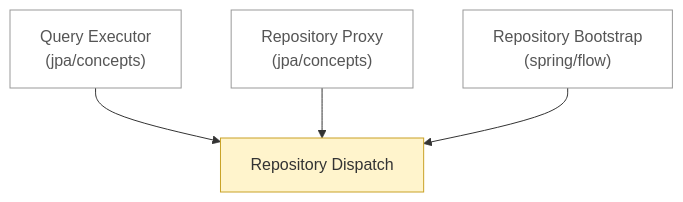
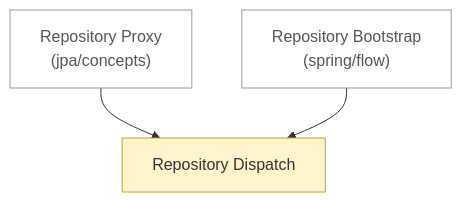
One commit to Pizza-Mozzarella/self-learning changed the diagram in notes/backend/spring/data/jpa/flow/README.md. Above: the diagram before and after it, drawn with Mermaid. The commit also changed 5 other files, not shown here.

Commit message:
Sua link Spring Data JPA cho khop cau truc that: Proxy chua Simple va Query Executor

````diff
--- a/notes/backend/spring/data/jpa/flow/README.md
+++ b/notes/backend/spring/data/jpa/flow/README.md
@@ -6,14 +6,12 @@
 ```mermaid
 flowchart TD
     n0["Repository Dispatch"]:::draft
-    n1["Query Executor<br/>(jpa/concepts)"]:::ext
-    n2["Repository Proxy<br/>(jpa/concepts)"]:::ext
-    n3["Repository Bootstrap<br/>(spring/flow)"]:::ext
+    n1["Repository Proxy<br/>(jpa/concepts)"]:::ext
+    n2["Repository Bootstrap<br/>(spring/flow)"]:::ext
     n1 --> n0
     n2 --> n0
-    n3 --> n0
     classDef stub fill:#eeeeee,stroke:#999999,stroke-dasharray:4 3,color:#555555
     classDef draft fill:#fff4cc,stroke:#c9a227,color:#333333
     classDef ok fill:#d8f0dc,stroke:#3a9d5d,color:#222222
     classDef ext fill:#ffffff,stroke:#999999,color:#555555
 ```
````
